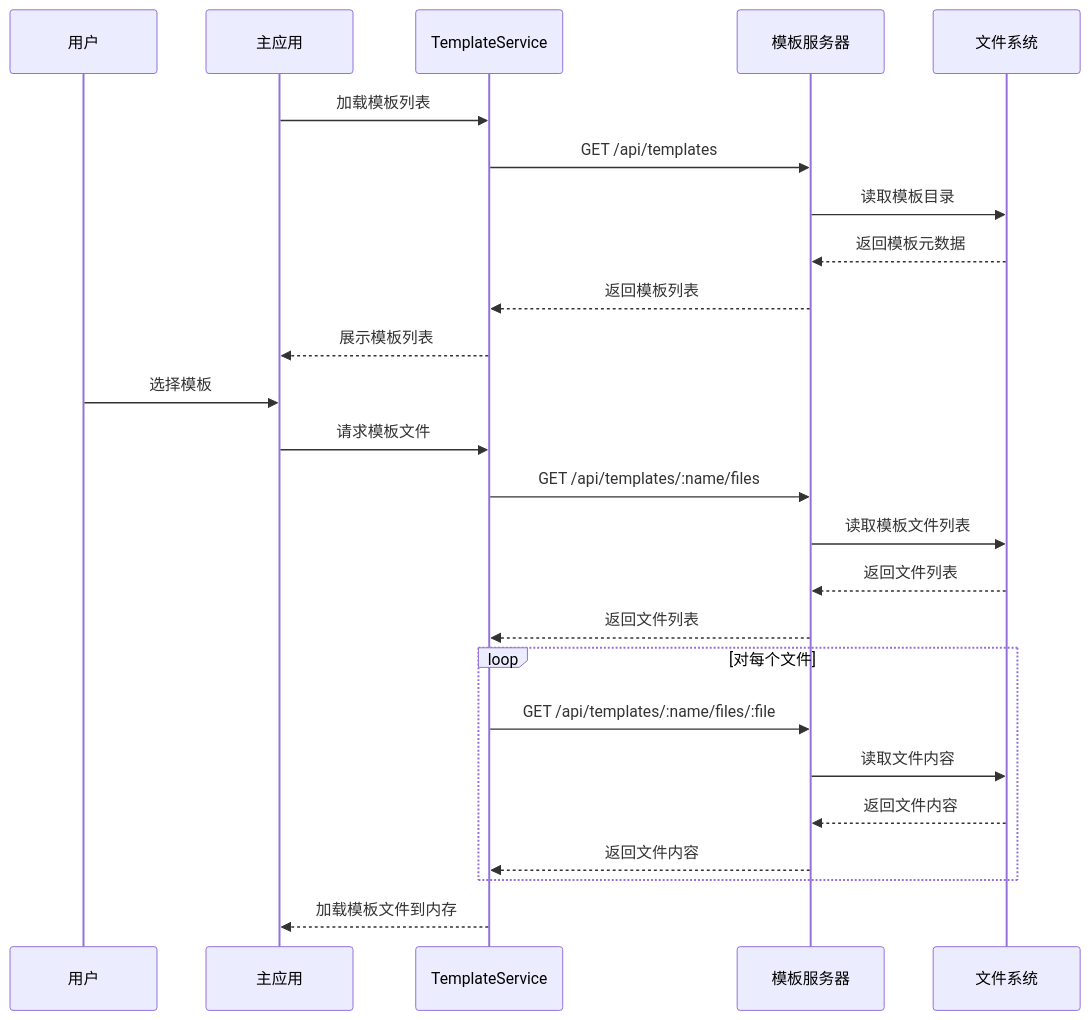
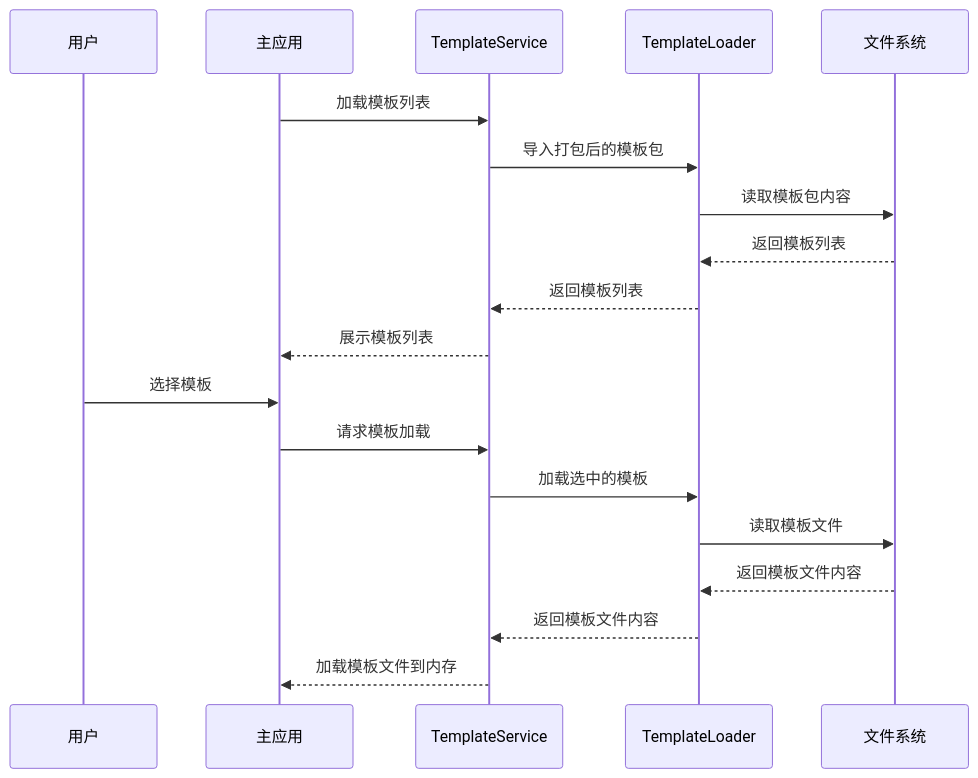
One commit to wgfire/GoBlite changed the diagram in technical-proposal.md. Above: the diagram before and after it, drawn with Mermaid. The commit also changed other lines of this file and 2 other files, not shown here.

````diff
--- a/technical-proposal.md
+++ b/technical-proposal.md
@@ -228,30 +254,22 @@
 ```mermaid
 sequenceDiagram
     participant User as 用户
     participant App as 主应用
     participant TS as TemplateService
-    participant Server as 模板服务器
+    participant TL as TemplateLoader
     participant FS as 文件系统
 
     App->>TS: 加载模板列表
-    TS->>Server: GET /api/templates
-    Server->>FS: 读取模板目录
-    FS-->>Server: 返回模板元数据
-    Server-->>TS: 返回模板列表
+    TS->>TL: 导入打包后的模板包
+    TL->>FS: 读取模板包内容
+    FS-->>TL: 返回模板列表
+    TL-->>TS: 返回模板列表
     TS-->>App: 展示模板列表
     User->>App: 选择模板
-    App->>TS: 请求模板文件
-    TS->>Server: GET /api/templates/:name/files
-    Server->>FS: 读取模板文件列表
-    FS-->>Server: 返回文件列表
-    Server-->>TS: 返回文件列表
-    
-    loop 对每个文件
-        TS->>Server: GET /api/templates/:name/files/:file
-        Server->>FS: 读取文件内容
-        FS-->>Server: 返回文件内容
-        Server-->>TS: 返回文件内容
-    end
-    
+    App->>TS: 请求模板加载
+    TS->>TL: 加载选中的模板
+    TL->>FS: 读取模板文件
+    FS-->>TL: 返回模板文件内容
+    TL-->>TS: 返回模板文件内容
     TS-->>App: 加载模板文件到内存
 ```
````
